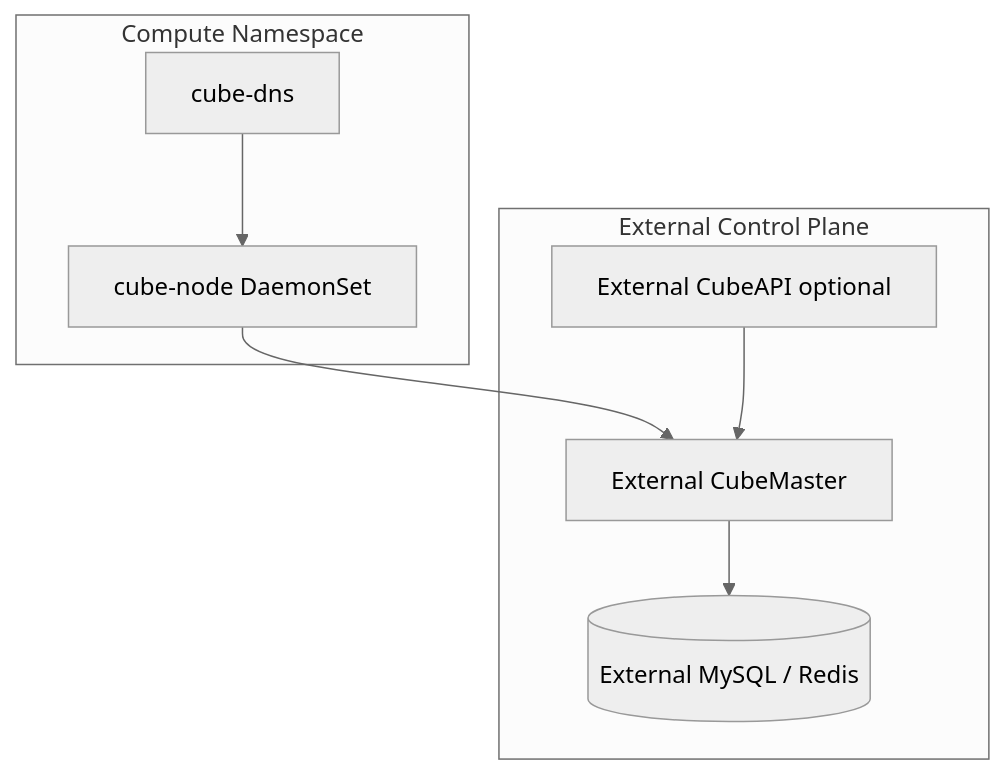
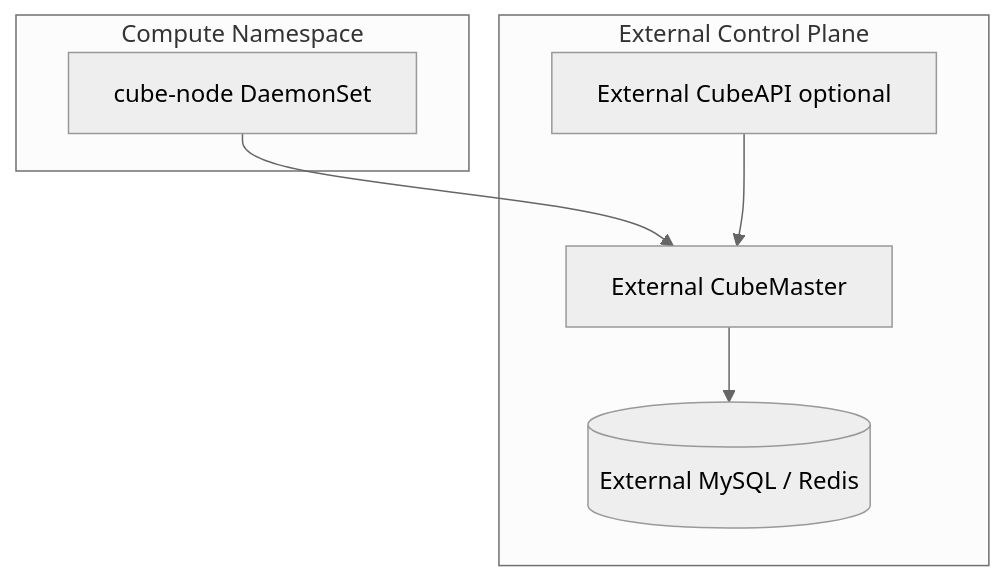
One commit to TencentCloud/CubeSandbox changed diagram 11 of 11 in deploy/kubernetes/chart/docs/ARCHITECTURE.md. Above: the diagram before and after it, drawn with Mermaid (neutral theme). The commit also changed other lines of this file and 12 other files, not shown here.

First line of the commit message:
refactor(kubernetes): replace node-local cube-dns with cluster CoreDNS integration

````diff
--- a/deploy/kubernetes/chart/docs/ARCHITECTURE.md
+++ b/deploy/kubernetes/chart/docs/ARCHITECTURE.md
@@ -384,18 +366,16 @@
 ```mermaid
 flowchart TB
   subgraph EXT["External Control Plane"]
     ECM["External CubeMaster"]
     EAPI["External CubeAPI optional"]
     EDB[("External MySQL / Redis")]
   end
 
   subgraph NS["Compute Namespace"]
-    DNS["cube-dns"]
     NODE["cube-node DaemonSet"]
   end
 
   NODE --> ECM
-  DNS --> NODE
   EAPI --> ECM
   ECM --> EDB
 ```
````
